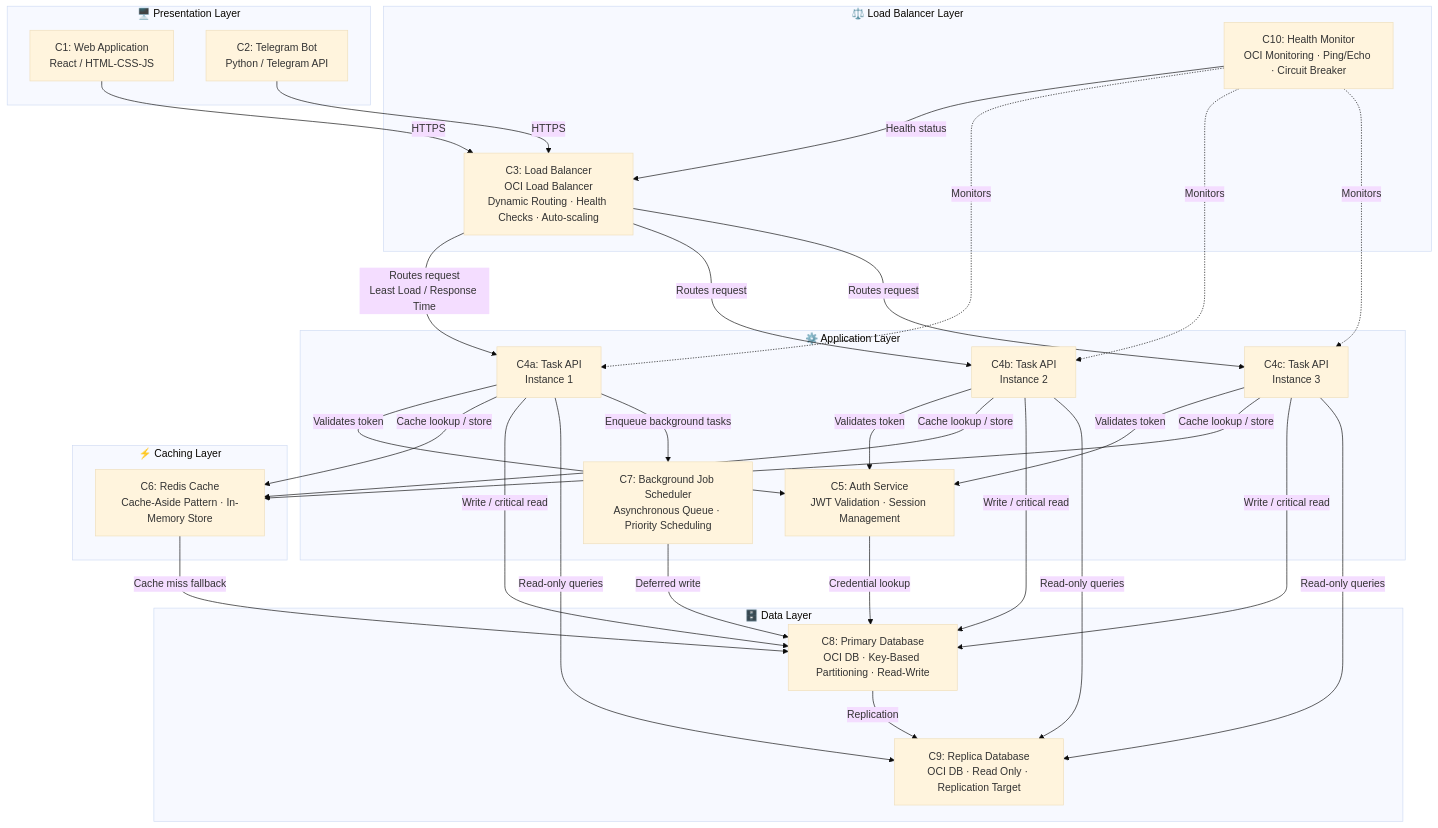
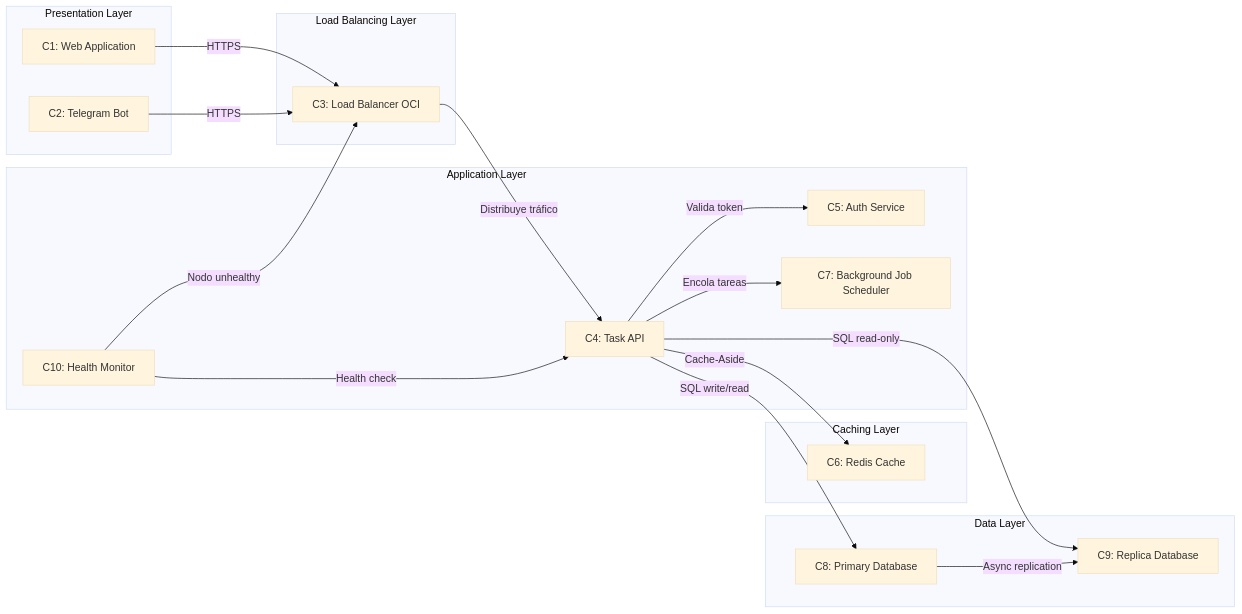
The second of 3 diagrams in README.md (A01741619/skills-introduction-to-github), drawn with Mermaid (base theme) before and after one commit. The commit also changed other lines of this file, not shown here.

````diff
--- a/README.md
+++ b/README.md
@@ -117,65 +117,39 @@
 ```mermaid
-graph TB
-    subgraph PRESENTATION ["🖥️ Presentation Layer"]
-        C1[C1: Web Application\nReact / HTML-CSS-JS]
-        C2[C2: Telegram Bot\nPython / Telegram API]
+graph LR
+    subgraph PRESENTATION["Presentation Layer"]
+        C1[C1: Web Application]
+        C2[C2: Telegram Bot]
     end
 
-    subgraph LOADBALANCER ["⚖️ Load Balancer Layer"]
-        C3[C3: Load Balancer\nOCI Load Balancer\nDynamic Routing · Health Checks · Auto-scaling]
-        C10[C10: Health Monitor\nOCI Monitoring · Ping/Echo · Circuit Breaker]
+    subgraph LB["Load Balancing Layer"]
+        C3[C3: Load Balancer OCI]
     end
 
-    subgraph APPLICATION ["⚙️ Application Layer"]
-        C4A[C4a: Task API\nInstance 1]
-        C4B[C4b: Task API\nInstance 2]
-        C4C[C4c: Task API\nInstance 3]
-        C5[C5: Auth Service\nJWT Validation · Session Management]
-        C7[C7: Background Job Scheduler\nAsynchronous Queue · Priority Scheduling]
+    subgraph APPLICATION["Application Layer"]
+        C4[C4: Task API]
+        C5[C5: Auth Service]
+        C7[C7: Background Job Scheduler]
+        C10[C10: Health Monitor]
     end
 
-    subgraph CACHING ["⚡ Caching Layer"]
-        C6[C6: Redis Cache\nCache-Aside Pattern · In-Memory Store]
+    subgraph CACHING["Caching Layer"]
+        C6[C6: Redis Cache]
     end
 
-    subgraph DATA ["🗄️ Data Layer"]
-        C8[C8: Primary Database\nOCI DB · Key-Based Partitioning · Read-Write]
-        C9[C9: Replica Database\nOCI DB · Read Only · Replication Target]
+    subgraph DATA["Data Layer"]
+        C8[C8: Primary Database]
+        C9[C9: Replica Database]
     end
 
-    %% Interactions
     C1 -->|HTTPS| C3
     C2 -->|HTTPS| C3
-
-    C3 -->|Routes request\nLeast Load / Response Time| C4A
-    C3 -->|Routes request| C4B
-    C3 -->|Routes request| C4C
-    C10 -->|Health status| C3
-    C10 -.->|Monitors| C4A
-    C10 -.->|Monitors| C4B
-    C10 -.->|Monitors| C4C
-
-    C4A -->|Validates token| C5
-    C4B -->|Validates token| C5
-    C4C -->|Validates token| C5
-
-    C4A -->|Cache lookup / store| C6
-    C4B -->|Cache lookup / store| C6
-    C4C -->|Cache lookup / store| C6
-
-    C4A -->|Write / critical read| C8
-    C4B -->|Write / critical read| C8
-    C4C -->|Write / critical read| C8
-
-    C4A -->|Read-only queries| C9
-    C4B -->|Read-only queries| C9
-    C4C -->|Read-only queries| C9
-
-    C6 -->|Cache miss fallback| C8
-
-    C4A -->|Enqueue background tasks| C7
-    C7 -->|Deferred write| C8
-
-    C8 -->|Replication| C9
-    C5 -->|Credential lookup| C8
+    C3 -->|Distribuye tráfico| C4
+    C4 -->|Valida token| C5
+    C4 -->|Encola tareas| C7
+    C4 -->|Cache-Aside| C6
+    C4 -->|SQL write/read| C8
+    C4 -->|SQL read-only| C9
+    C8 -->|Async replication| C9
+    C10 -->|Health check| C4
+    C10 -->|Nodo unhealthy| C3
 ```
````
